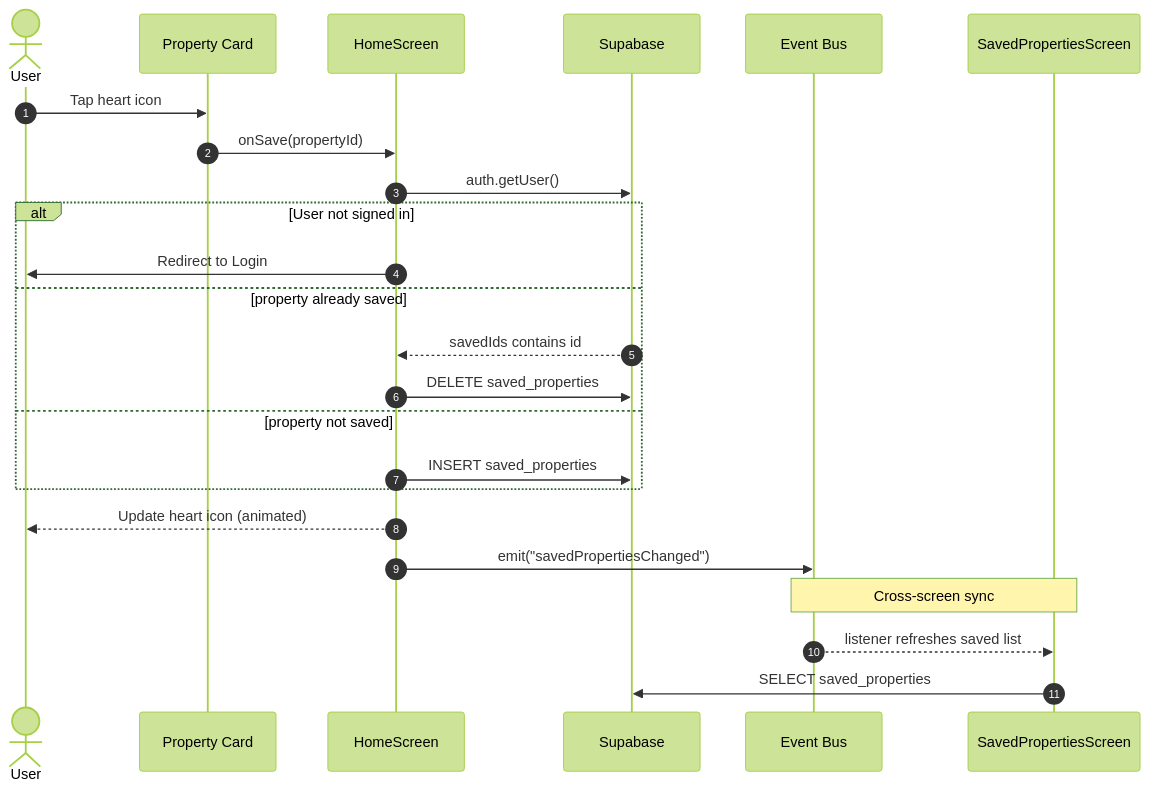
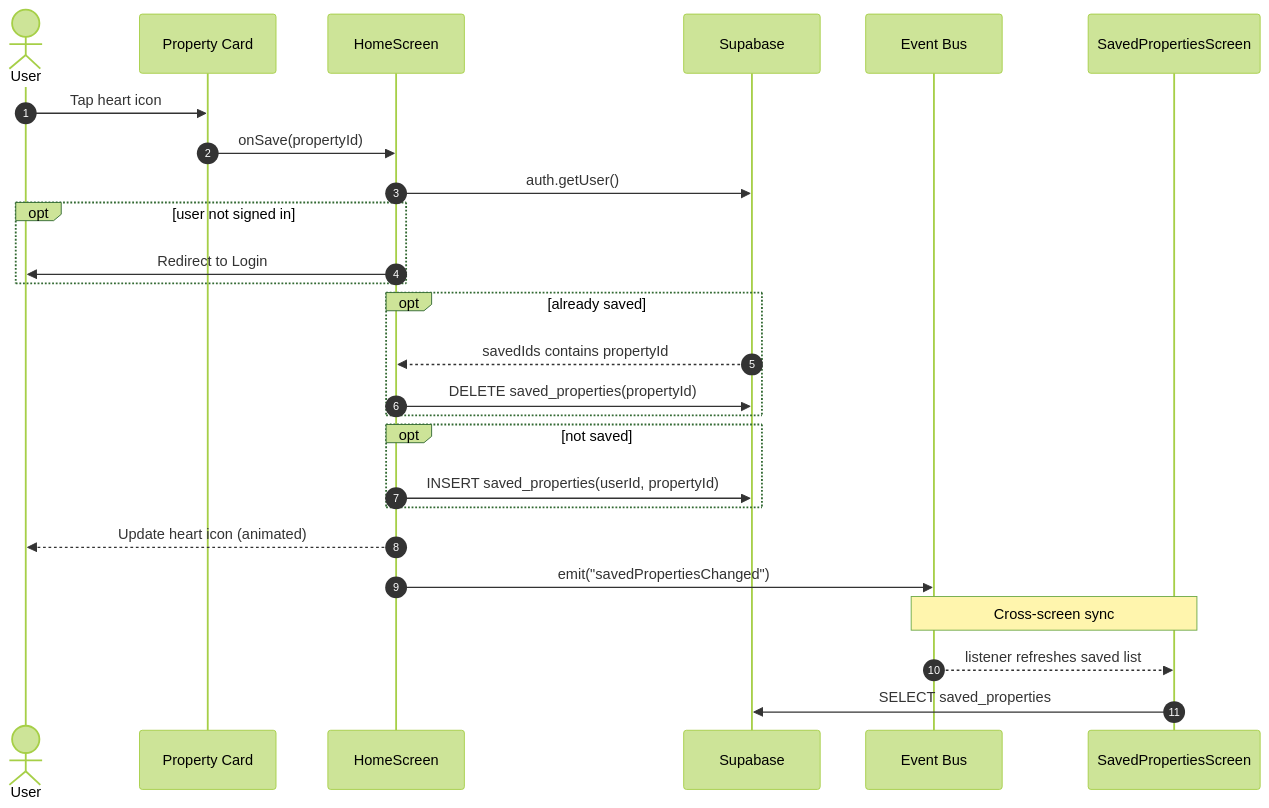
Before and after one commit to thetnaung-dev/Internship: the diagram in docs/diagrams/sequence.mmd, drawn with Mermaid (forest theme). The commit also changed 1 other file, not shown here.

Commit message:
fix: rewrite sequence diagram to avoid alt/else blocks (GitHub mermaid render error)

```diff
--- a/docs/diagrams/sequence.mmd
+++ b/docs/diagrams/sequence.mmd
@@ -1,25 +1,31 @@
 sequenceDiagram
     autonumber
     actor U as User
     participant C as Property Card
     participant H as HomeScreen
     participant S as Supabase
     participant EB as Event Bus
     participant SP as SavedPropertiesScreen
 
     U->>C: Tap heart icon
     C->>H: onSave(propertyId)
     H->>S: auth.getUser()
-    alt User not signed in
+
+    opt user not signed in
         H->>U: Redirect to Login
-    else property already saved
-        S-->>H: savedIds contains id
-        H->>S: DELETE saved_properties
-    else property not saved
-        H->>S: INSERT saved_properties
     end
+
+    opt already saved
+        S-->>H: savedIds contains propertyId
+        H->>S: DELETE saved_properties(propertyId)
+    end
+
+    opt not saved
+        H->>S: INSERT saved_properties(userId, propertyId)
+    end
+
     H-->>U: Update heart icon (animated)
     H->>EB: emit("savedPropertiesChanged")
     Note over EB,SP: Cross-screen sync
     EB-->>SP: listener refreshes saved list
     SP->>S: SELECT saved_properties
```
